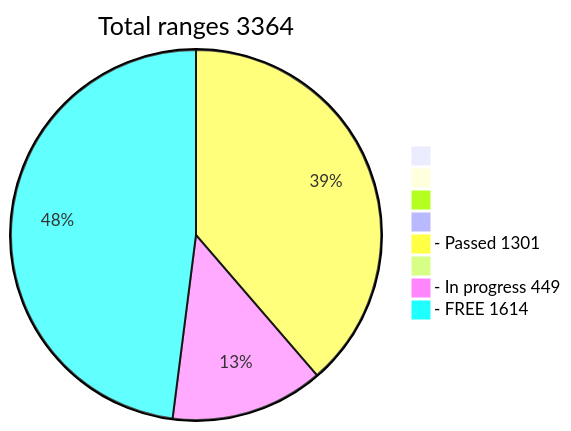
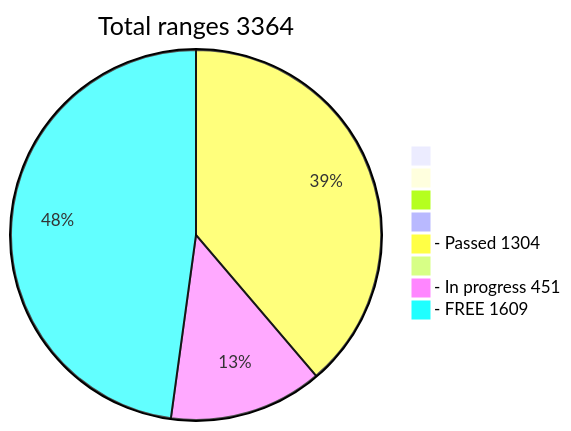
The diagram in README.md (phrutis/wif500), drawn with Mermaid before and after one commit.

````diff
--- a/README.md
+++ b/README.md
@@ -16,12 +16,12 @@
 ```mermaid
 pie title Total ranges 3364
              " " : 0
             "  " : 0
            "   " : 0
           "    " : 0
-  "- Passed 1301" : 1301
+  "- Passed 1304" : 1304
          "     " : 0
-  "- In progress 449" : 449
-   "- FREE 1614" : 1614
+  "- In progress 451" : 451
+   "- FREE 1609" : 1609
    
 ```
````
